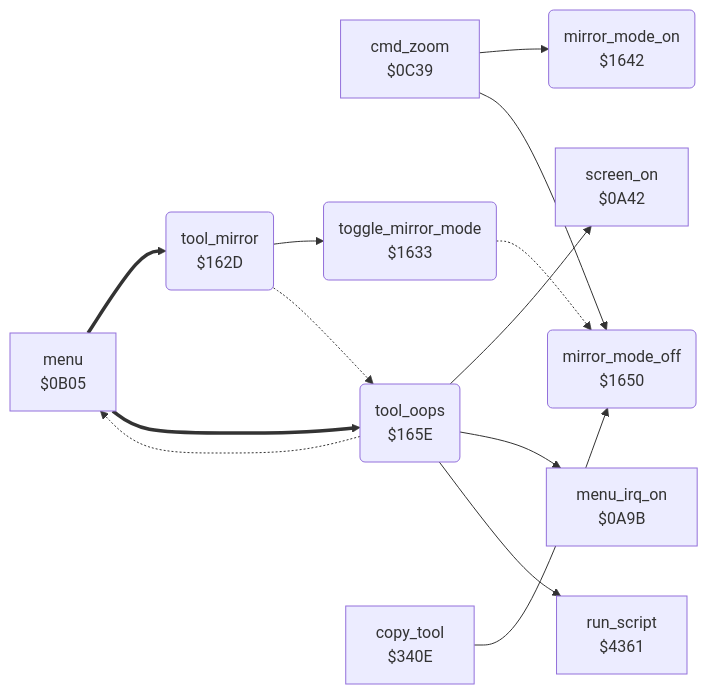
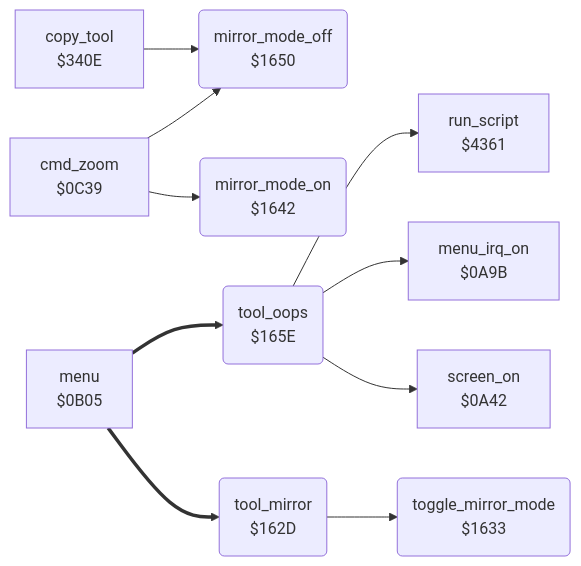
Before and after one commit to henols/c64_games: the diagram in koala_painter/v2/docs/reference/modules/tools/mirror_oops_tool.md, drawn with Mermaid. The commit also changed other lines of this file and 1100 other files, not shown here.

````diff
--- a/koala_painter/v2/docs/reference/modules/tools/mirror_oops_tool.md
+++ b/koala_painter/v2/docs/reference/modules/tools/mirror_oops_tool.md
@@ -10,26 +20,23 @@
 ```mermaid
 flowchart LR
   n0a42["screen_on<br/>$0A42"]
   n0a9b["menu_irq_on<br/>$0A9B"]
   n0b05["menu<br/>$0B05"]
   n0c39["cmd_zoom<br/>$0C39"]
   n162d("tool_mirror<br/>$162D")
   n1633("toggle_mirror_mode<br/>$1633")
   n1642("mirror_mode_on<br/>$1642")
   n1650("mirror_mode_off<br/>$1650")
   n165e("tool_oops<br/>$165E")
   n340e["copy_tool<br/>$340E"]
   n4361["run_script<br/>$4361"]
   n0b05 ==> n162d
   n0b05 ==> n165e
   n0c39 --> n1642
   n0c39 --> n1650
   n162d --> n1633
-  n162d -.-> n165e
-  n1633 -.-> n1650
   n165e --> n0a42
   n165e --> n0a9b
-  n165e -.-> n0b05
   n165e --> n4361
   n340e --> n1650
 ```
````
